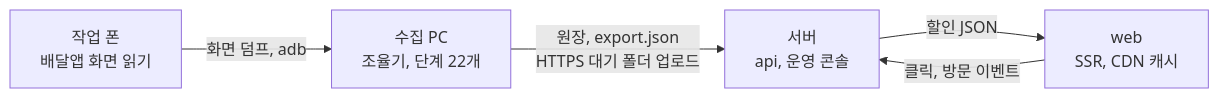
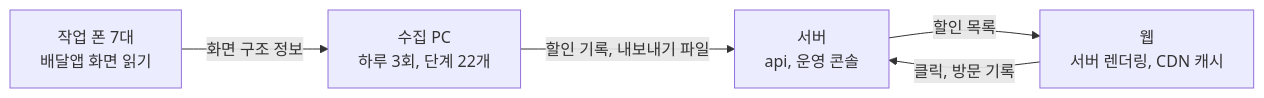
Before and after one commit to woowacourse-teams/2026-to-discount: the diagram in README.md, drawn with Mermaid. The commit also changed other lines of this file, not shown here.

````diff
--- a/README.md
+++ b/README.md
@@ -65,7 +115,7 @@
 ```mermaid
 flowchart LR
-  P[작업 폰<br/>배달앱 화면 읽기] -- 화면 덤프, adb --> C[수집 PC<br/>조율기, 단계 22개]
-  C -- 원장, export.json<br/>HTTPS 대기 폴더 업로드 --> S[서버<br/>api, 운영 콘솔]
-  S -- 할인 JSON --> W[web<br/>SSR, CDN 캐시]
-  W -- 클릭, 방문 이벤트 --> S
+  P[작업 폰 7대<br/>배달앱 화면 읽기] -- 화면 구조 정보 --> C[수집 PC<br/>하루 3회, 단계 22개]
+  C -- 할인 기록, 내보내기 파일 --> S[서버<br/>api, 운영 콘솔]
+  S -- 할인 목록 --> W[웹<br/>서버 렌더링, CDN 캐시]
+  W -- 클릭, 방문 기록 --> S
 ```
````
